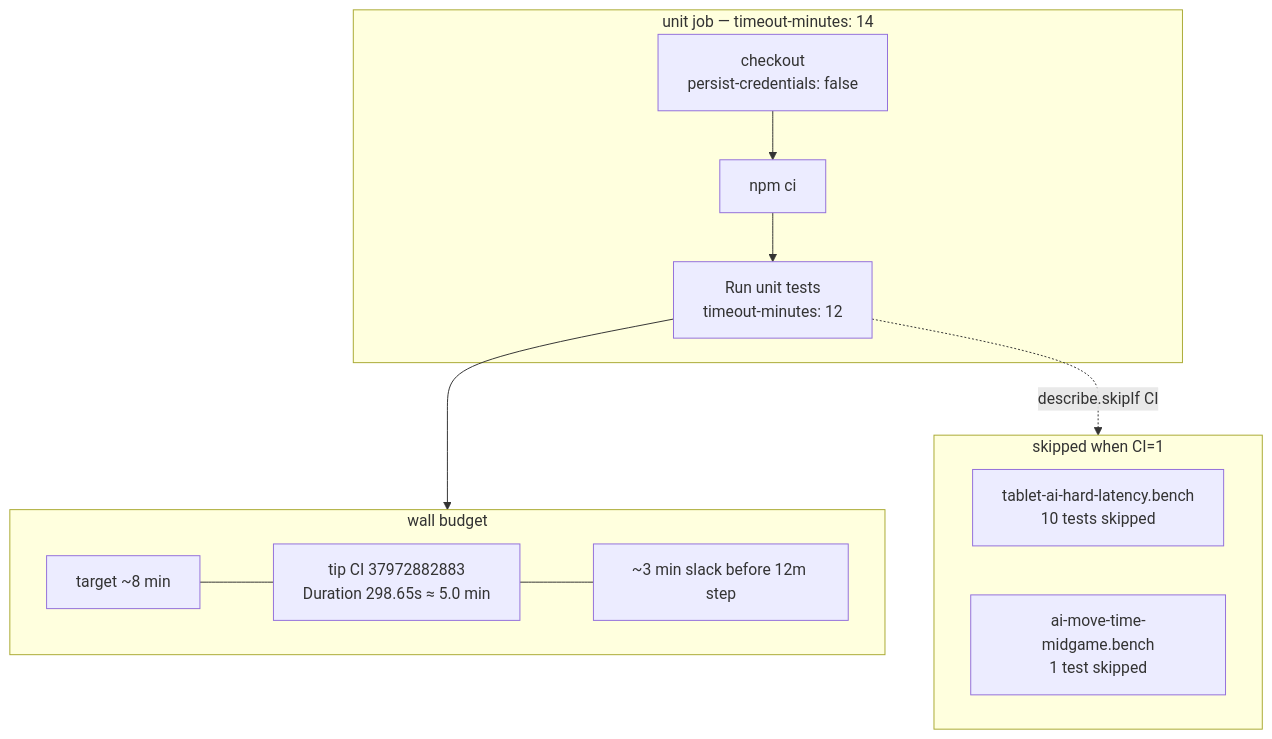
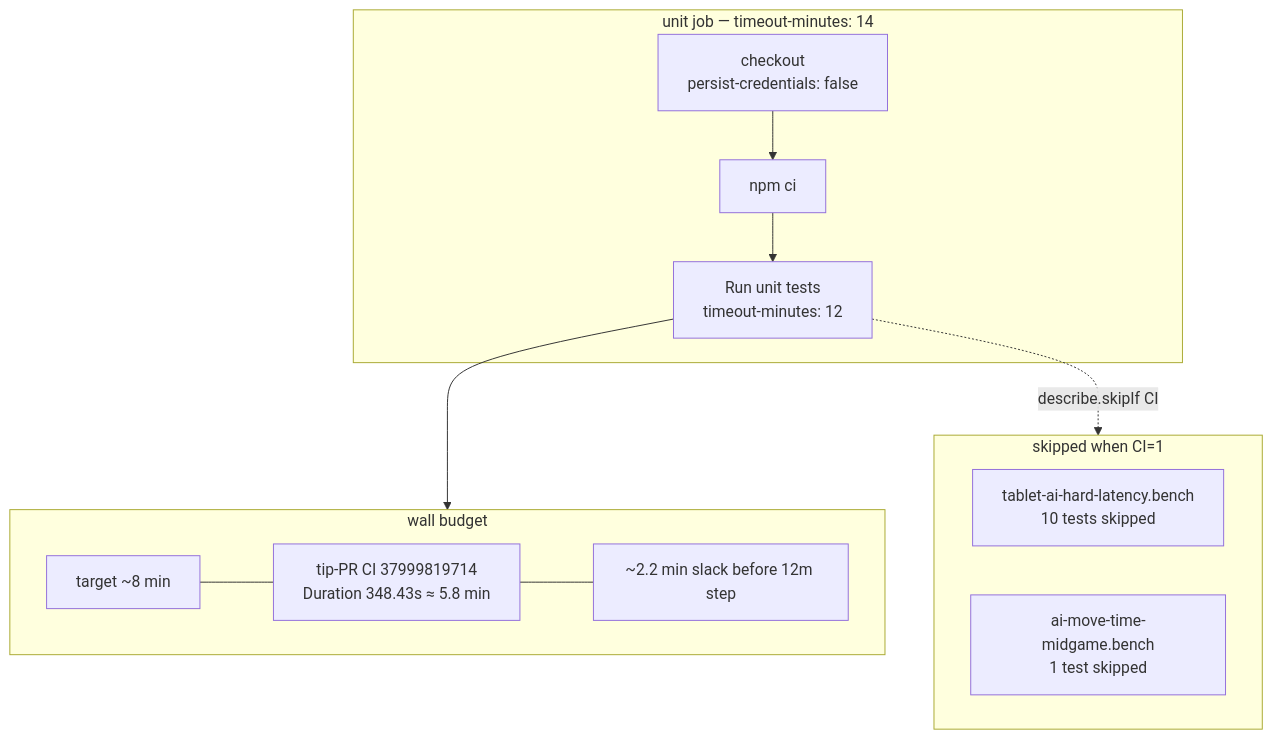
One commit to fuzzywigg/math-pentathlon changed the diagram in docs/wiki/ci-unit-budget.md. Above: the diagram before and after it, drawn with Mermaid. The commit also changed other lines of this file and 146 other files, not shown here.

````diff
--- a/docs/wiki/ci-unit-budget.md
+++ b/docs/wiki/ci-unit-budget.md
@@ -32,24 +32,24 @@
 ```mermaid
 flowchart TB
   subgraph job ["unit job — timeout-minutes: 14"]
     co["checkout<br/>persist-credentials: false"]
     ci["npm ci"]
     step["Run unit tests<br/>timeout-minutes: 12"]
     co --> ci --> step
   end
 
   subgraph budget ["wall budget"]
     target["target ~8 min"]
-    observed["tip CI 37972882883<br/>Duration 298.65s ≈ 5.0 min"]
-    slack["~3 min slack before 12m step"]
+    observed["tip-PR CI 37999819714<br/>Duration 348.43s ≈ 5.8 min"]
+    slack["~2.2 min slack before 12m step"]
     target --- observed --- slack
   end
 
   subgraph skip ["skipped when CI=1"]
     t["tablet-ai-hard-latency.bench<br/>10 tests skipped"]
     m["ai-move-time-midgame.bench<br/>1 test skipped"]
   end
 
   step --> budget
   step -.->|describe.skipIf CI| skip
 ```
````
